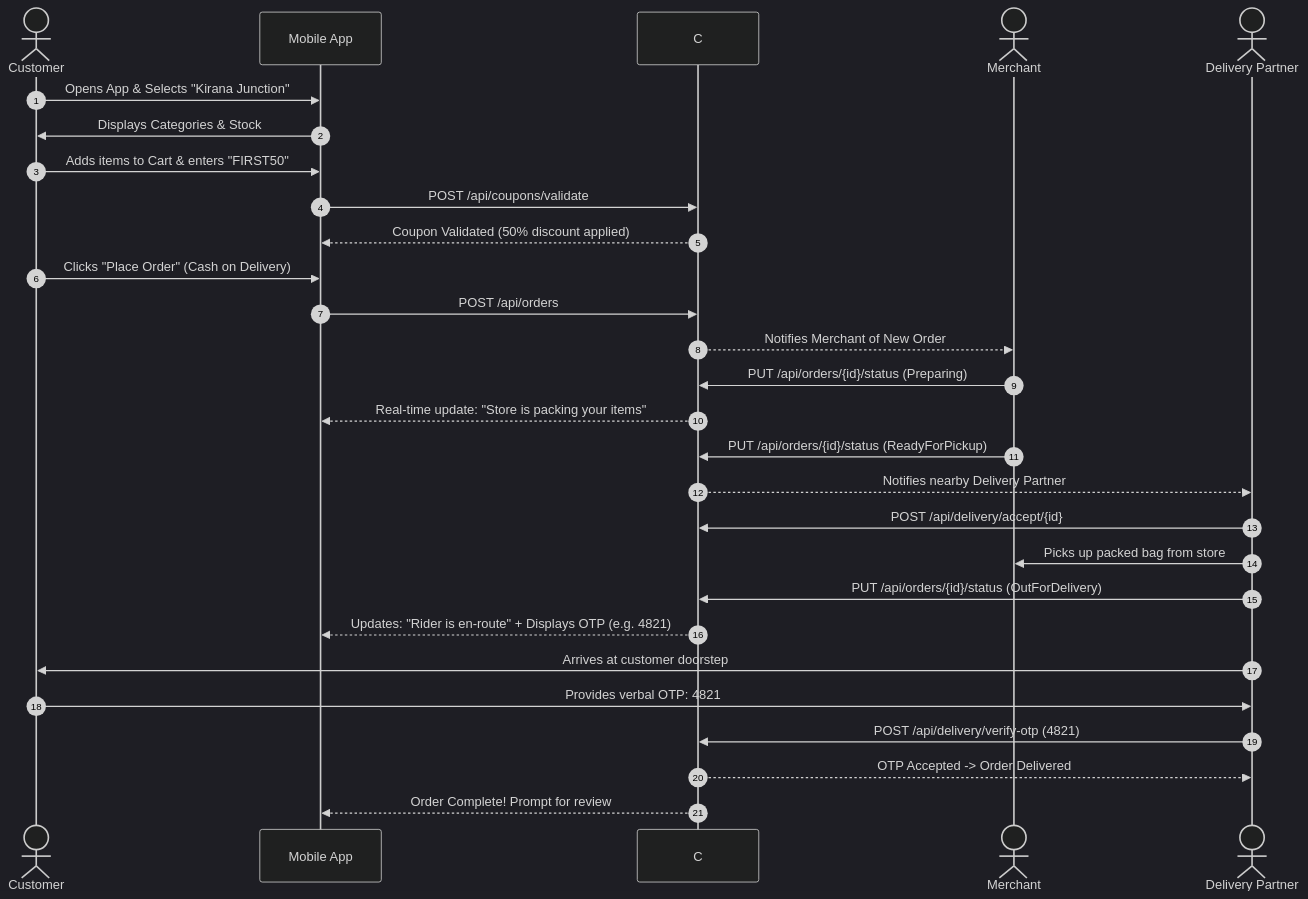
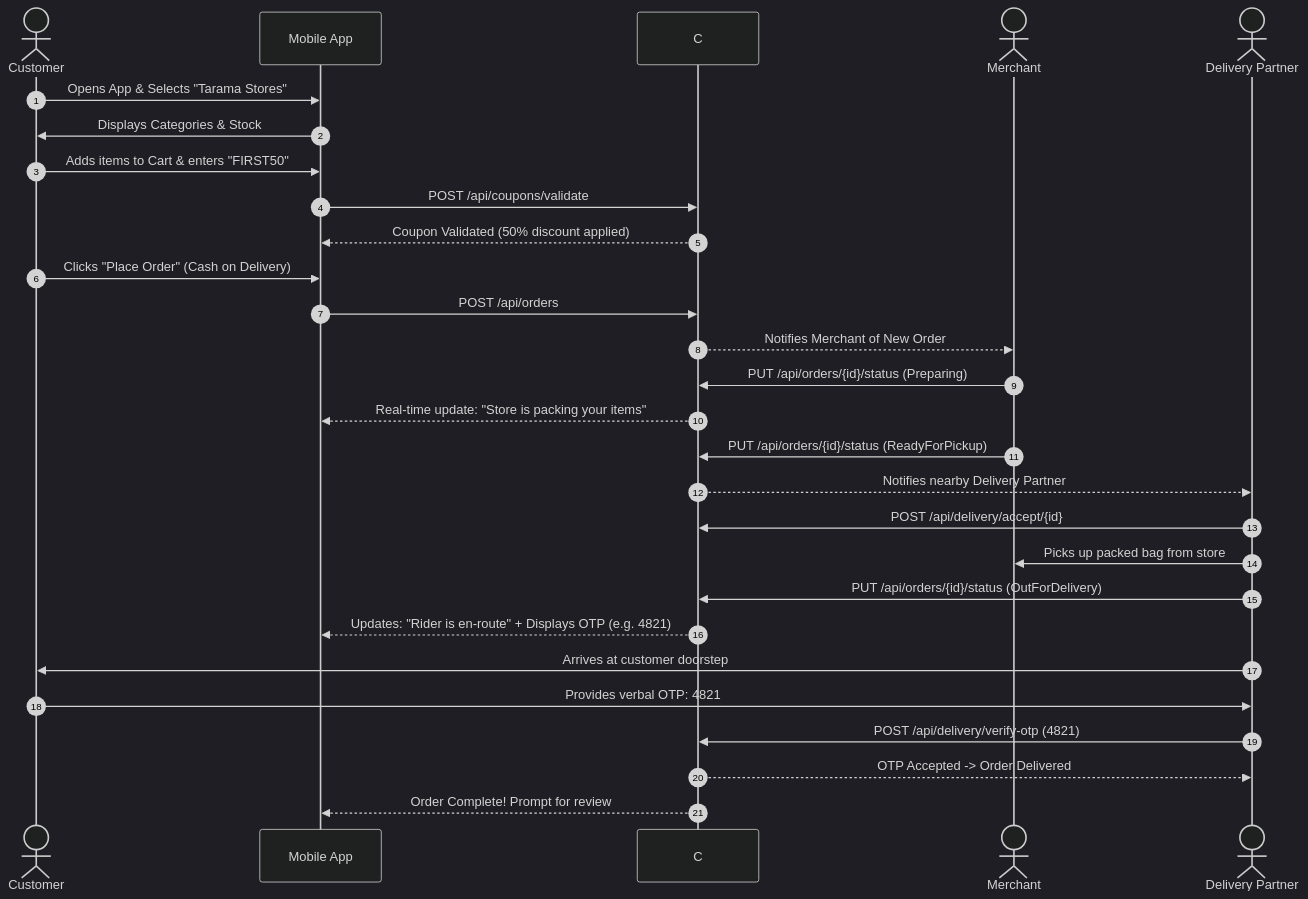
One commit to puspendumukherjee2107/LocalShop changed the third of 3 diagrams in LOCALSHOP_MASTER_DOCUMENTATION.md. Above: the diagram before and after it, drawn with Mermaid (dark theme). The commit also changed other lines of this file and 26 other files, not shown here.

Commit message:
chore: change store name from Kirana Junction to Tarama Stores

````diff
--- a/LOCALSHOP_MASTER_DOCUMENTATION.md
+++ b/LOCALSHOP_MASTER_DOCUMENTATION.md
@@ -298,31 +298,31 @@
 ```mermaid
 sequenceDiagram
     autonumber
     actor C as Customer
     participant App as Mobile App
     participant API as C# Web API
     actor M as Merchant
     actor D as Delivery Partner
 
-    C->>App: Opens App & Selects "Kirana Junction"
+    C->>App: Opens App & Selects "Tarama Stores"
     App->>C: Displays Categories & Stock
     C->>App: Adds items to Cart & enters "FIRST50"
     App->>API: POST /api/coupons/validate
     API-->>App: Coupon Validated (50% discount applied)
     C->>App: Clicks "Place Order" (Cash on Delivery)
     App->>API: POST /api/orders
     API-->>M: Notifies Merchant of New Order
     M->>API: PUT /api/orders/{id}/status (Preparing)
     API-->>App: Real-time update: "Store is packing your items"
     M->>API: PUT /api/orders/{id}/status (ReadyForPickup)
     API-->>D: Notifies nearby Delivery Partner
     D->>API: POST /api/delivery/accept/{id}
     D->>M: Picks up packed bag from store
     D->>API: PUT /api/orders/{id}/status (OutForDelivery)
     API-->>App: Updates: "Rider is en-route" + Displays OTP (e.g. 4821)
     D->>C: Arrives at customer doorstep
     C->>D: Provides verbal OTP: 4821
     D->>API: POST /api/delivery/verify-otp (4821)
     API-->>D: OTP Accepted -> Order Delivered
     API-->>App: Order Complete! Prompt for review
 ```
````
